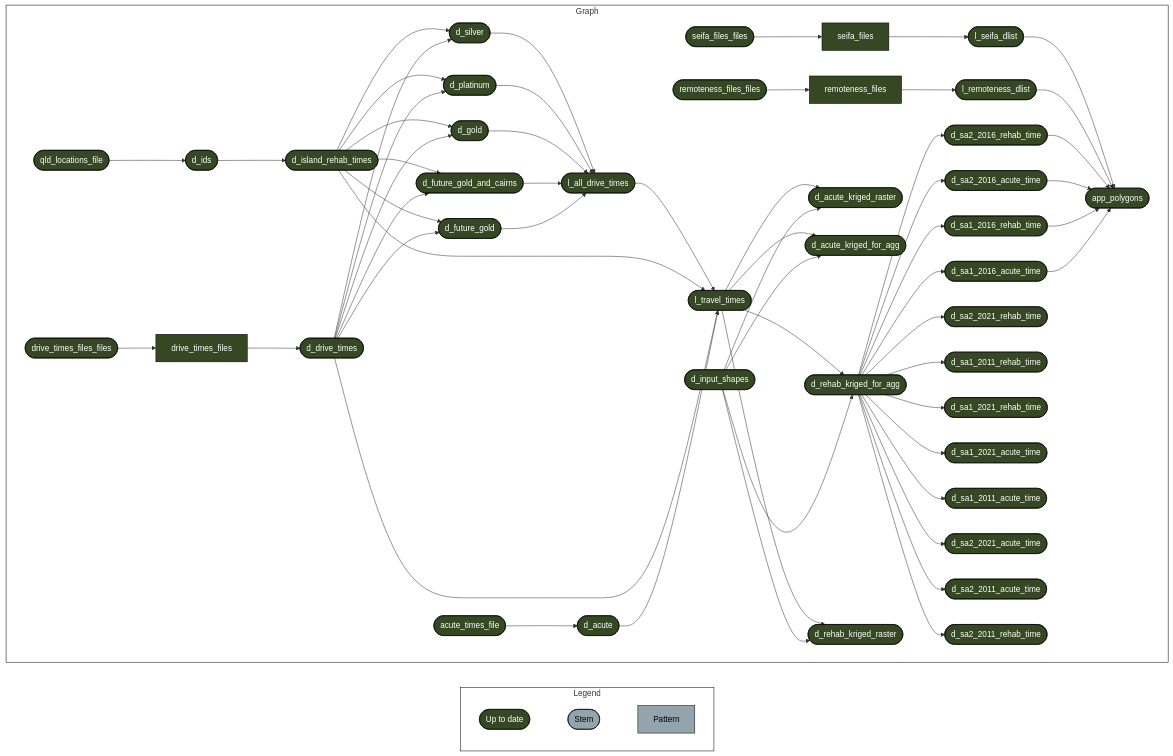
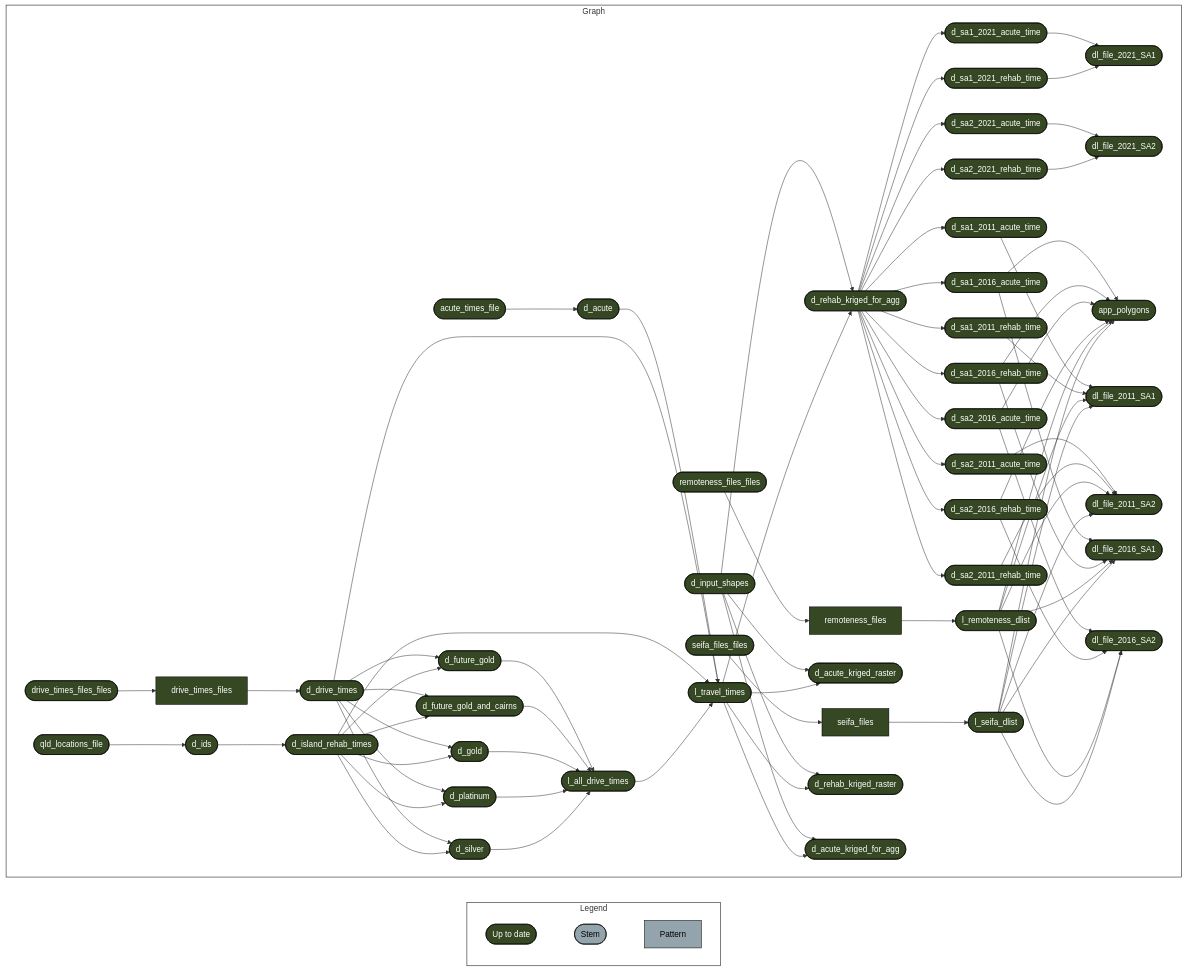
The diagram in README.md (RWParsons/iTRAQI-analyses), drawn with Mermaid before and after one commit. The commit also changed other lines of this file and 3 other files, not shown here.

```diff
--- a/README.md
+++ b/README.md
@@ -42,60 +40,80 @@
   end
   subgraph Graph
     direction LR
+    x2561c370ea702599["remoteness_files"]:::uptodate --> x786302e79631eb8d(["l_remoteness_dlist"]):::uptodate
+    x20b8fce94e11cd05(["seifa_files_files"]):::uptodate --> x5f5497709c5ef739["seifa_files"]:::uptodate
+    xf635f181b39a30ce["drive_times_files"]:::uptodate --> x15acd9b064c909c4(["d_drive_times"]):::uptodate
+    x15acd9b064c909c4(["d_drive_times"]):::uptodate --> x03e84a931f36fd6b(["d_silver"]):::uptodate
+    x24fc4b6a7e38688b(["d_island_rehab_times"]):::uptodate --> x03e84a931f36fd6b(["d_silver"]):::uptodate
+    x0085422ba003396c(["d_acute"]):::uptodate --> x44f0a0e2845803f1(["l_travel_times"]):::uptodate
+    x15acd9b064c909c4(["d_drive_times"]):::uptodate --> x44f0a0e2845803f1(["l_travel_times"]):::uptodate
+    x24fc4b6a7e38688b(["d_island_rehab_times"]):::uptodate --> x44f0a0e2845803f1(["l_travel_times"]):::uptodate
+    x95cfa4f70fea9a21(["l_all_drive_times"]):::uptodate --> x44f0a0e2845803f1(["l_travel_times"]):::uptodate
     x9f6a140e9d41e9f8(["drive_times_files_files"]):::uptodate --> xf635f181b39a30ce["drive_times_files"]:::uptodate
-    x15acd9b064c909c4(["d_drive_times"]):::uptodate --> x5c8a4b58701f0195(["d_gold"]):::uptodate
-    x24fc4b6a7e38688b(["d_island_rehab_times"]):::uptodate --> x5c8a4b58701f0195(["d_gold"]):::uptodate
+    xae07be3d7a5496f6(["d_sa1_2021_acute_time"]):::uptodate --> x670286573a6e737f(["dl_file_2021_SA1"]):::uptodate
+    x0044d423c4129aa5(["d_sa1_2021_rehab_time"]):::uptodate --> x670286573a6e737f(["dl_file_2021_SA1"]):::uptodate
+    x15acd9b064c909c4(["d_drive_times"]):::uptodate --> x7115567ab47c0786(["d_future_gold"]):::uptodate
+    x24fc4b6a7e38688b(["d_island_rehab_times"]):::uptodate --> x7115567ab47c0786(["d_future_gold"]):::uptodate
+    x3c98c5bdbae2f835(["d_sa2_2021_acute_time"]):::uptodate --> x4061f2460c5f975e(["dl_file_2021_SA2"]):::uptodate
+    x3d249e379cd8c8bf(["d_sa2_2021_rehab_time"]):::uptodate --> x4061f2460c5f975e(["dl_file_2021_SA2"]):::uptodate
     x140f4dcc1344002d(["d_sa1_2016_acute_time"]):::uptodate --> x8e785e1ce1247c8f(["app_polygons"]):::uptodate
     x17e7029742198b85(["d_sa1_2016_rehab_time"]):::uptodate --> x8e785e1ce1247c8f(["app_polygons"]):::uptodate
     x235ba1189d5ce124(["d_sa2_2016_acute_time"]):::uptodate --> x8e785e1ce1247c8f(["app_polygons"]):::uptodate
     xd957b08abae86042(["d_sa2_2016_rehab_time"]):::uptodate --> x8e785e1ce1247c8f(["app_polygons"]):::uptodate
     x786302e79631eb8d(["l_remoteness_dlist"]):::uptodate --> x8e785e1ce1247c8f(["app_polygons"]):::uptodate
     xe97fee2eed97fb6f(["l_seifa_dlist"]):::uptodate --> x8e785e1ce1247c8f(["app_polygons"]):::uptodate
-    x6b9c58fabbe5d5ac(["d_rehab_kriged_for_agg"]):::uptodate --> x3d249e379cd8c8bf(["d_sa2_2021_rehab_time"]):::uptodate
-    x2561c370ea702599["remoteness_files"]:::uptodate --> x786302e79631eb8d(["l_remoteness_dlist"]):::uptodate
+    x15acd9b064c909c4(["d_drive_times"]):::uptodate --> x5c8a4b58701f0195(["d_gold"]):::uptodate
+    x24fc4b6a7e38688b(["d_island_rehab_times"]):::uptodate --> x5c8a4b58701f0195(["d_gold"]):::uptodate
+    x15acd9b064c909c4(["d_drive_times"]):::uptodate --> x9cf1da0d89b39050(["d_future_gold_and_cairns"]):::uptodate
+    x24fc4b6a7e38688b(["d_island_rehab_times"]):::uptodate --> x9cf1da0d89b39050(["d_future_gold_and_cairns"]):::uptodate
     x831ee0369a2a91ad(["d_input_shapes"]):::uptodate --> x3556cb9010710414(["d_acute_kriged_raster"]):::uptodate
     x44f0a0e2845803f1(["l_travel_times"]):::uptodate --> x3556cb9010710414(["d_acute_kriged_raster"]):::uptodate
-    x6b9c58fabbe5d5ac(["d_rehab_kriged_for_agg"]):::uptodate --> xd957b08abae86042(["d_sa2_2016_rehab_time"]):::uptodate
-    x6aff51c44af250ba(["remoteness_files_files"]):::uptodate --> x2561c370ea702599["remoteness_files"]:::uptodate
-    x21879eefff325d9d(["d_ids"]):::uptodate --> x24fc4b6a7e38688b(["d_island_rehab_times"]):::uptodate
-    x15acd9b064c909c4(["d_drive_times"]):::uptodate --> x03e84a931f36fd6b(["d_silver"]):::uptodate
-    x24fc4b6a7e38688b(["d_island_rehab_times"]):::uptodate --> x03e84a931f36fd6b(["d_silver"]):::uptodate
-    x831ee0369a2a91ad(["d_input_shapes"]):::uptodate --> xcfed681661a25666(["d_acute_kriged_for_agg"]):::uptodate
-    x44f0a0e2845803f1(["l_travel_times"]):::uptodate --> xcfed681661a25666(["d_acute_kriged_for_agg"]):::uptodate
-    x5f5497709c5ef739["seifa_files"]:::uptodate --> xe97fee2eed97fb6f(["l_seifa_dlist"]):::uptodate
-    x6b9c58fabbe5d5ac(["d_rehab_kriged_for_agg"]):::uptodate --> xdd6e281ffd7abb1e(["d_sa1_2011_rehab_time"]):::uptodate
-    x831ee0369a2a91ad(["d_input_shapes"]):::uptodate --> x6b9c58fabbe5d5ac(["d_rehab_kriged_for_agg"]):::uptodate
-    x44f0a0e2845803f1(["l_travel_times"]):::uptodate --> x6b9c58fabbe5d5ac(["d_rehab_kriged_for_agg"]):::uptodate
-    x15acd9b064c909c4(["d_drive_times"]):::uptodate --> x9cf1da0d89b39050(["d_future_gold_and_cairns"]):::uptodate
-    x24fc4b6a7e38688b(["d_island_rehab_times"]):::uptodate --> x9cf1da0d89b39050(["d_future_gold_and_cairns"]):::uptodate
-    x6b9c58fabbe5d5ac(["d_rehab_kriged_for_agg"]):::uptodate --> x0044d423c4129aa5(["d_sa1_2021_rehab_time"]):::uptodate
-    x6ea9bfcc13ed2276(["acute_times_file"]):::uptodate --> x0085422ba003396c(["d_acute"]):::uptodate
-    x831ee0369a2a91ad(["d_input_shapes"]):::uptodate --> x5fb43595e3d9b43d(["d_rehab_kriged_raster"]):::uptodate
-    x44f0a0e2845803f1(["l_travel_times"]):::uptodate --> x5fb43595e3d9b43d(["d_rehab_kriged_raster"]):::uptodate
-    x6b9c58fabbe5d5ac(["d_rehab_kriged_for_agg"]):::uptodate --> x17e7029742198b85(["d_sa1_2016_rehab_time"]):::uptodate
-    x20b8fce94e11cd05(["seifa_files_files"]):::uptodate --> x5f5497709c5ef739["seifa_files"]:::uptodate
-    x15acd9b064c909c4(["d_drive_times"]):::uptodate --> x7115567ab47c0786(["d_future_gold"]):::uptodate
-    x24fc4b6a7e38688b(["d_island_rehab_times"]):::uptodate --> x7115567ab47c0786(["d_future_gold"]):::uptodate
-    x6b9c58fabbe5d5ac(["d_rehab_kriged_for_agg"]):::uptodate --> xae07be3d7a5496f6(["d_sa1_2021_acute_time"]):::uptodate
-    x0085422ba003396c(["d_acute"]):::uptodate --> x44f0a0e2845803f1(["l_travel_times"]):::uptodate
-    x15acd9b064c909c4(["d_drive_times"]):::uptodate --> x44f0a0e2845803f1(["l_travel_times"]):::uptodate
-    x24fc4b6a7e38688b(["d_island_rehab_times"]):::uptodate --> x44f0a0e2845803f1(["l_travel_times"]):::uptodate
-    x95cfa4f70fea9a21(["l_all_drive_times"]):::uptodate --> x44f0a0e2845803f1(["l_travel_times"]):::uptodate
-    x15acd9b064c909c4(["d_drive_times"]):::uptodate --> xe85c83d45448032e(["d_platinum"]):::uptodate
-    x24fc4b6a7e38688b(["d_island_rehab_times"]):::uptodate --> xe85c83d45448032e(["d_platinum"]):::uptodate
-    x85ecf85bc3a92095(["qld_locations_file"]):::uptodate --> x21879eefff325d9d(["d_ids"]):::uptodate
-    x6b9c58fabbe5d5ac(["d_rehab_kriged_for_agg"]):::uptodate --> x23fe5c9d10c5ba8b(["d_sa1_2011_acute_time"]):::uptodate
-    x6b9c58fabbe5d5ac(["d_rehab_kriged_for_agg"]):::uptodate --> x3c98c5bdbae2f835(["d_sa2_2021_acute_time"]):::uptodate
-    x6b9c58fabbe5d5ac(["d_rehab_kriged_for_agg"]):::uptodate --> x140f4dcc1344002d(["d_sa1_2016_acute_time"]):::uptodate
-    x6b9c58fabbe5d5ac(["d_rehab_kriged_for_agg"]):::uptodate --> x8ef184c44b3c9287(["d_sa2_2011_acute_time"]):::uptodate
-    xf635f181b39a30ce["drive_times_files"]:::uptodate --> x15acd9b064c909c4(["d_drive_times"]):::uptodate
-    x6b9c58fabbe5d5ac(["d_rehab_kriged_for_agg"]):::uptodate --> x235ba1189d5ce124(["d_sa2_2016_acute_time"]):::uptodate
-    x6b9c58fabbe5d5ac(["d_rehab_kriged_for_agg"]):::uptodate --> xb1cba206a277ab8b(["d_sa2_2011_rehab_time"]):::uptodate
     x7115567ab47c0786(["d_future_gold"]):::uptodate --> x95cfa4f70fea9a21(["l_all_drive_times"]):::uptodate
     x9cf1da0d89b39050(["d_future_gold_and_cairns"]):::uptodate --> x95cfa4f70fea9a21(["l_all_drive_times"]):::uptodate
     x5c8a4b58701f0195(["d_gold"]):::uptodate --> x95cfa4f70fea9a21(["l_all_drive_times"]):::uptodate
     xe85c83d45448032e(["d_platinum"]):::uptodate --> x95cfa4f70fea9a21(["l_all_drive_times"]):::uptodate
     x03e84a931f36fd6b(["d_silver"]):::uptodate --> x95cfa4f70fea9a21(["l_all_drive_times"]):::uptodate
+    x6b9c58fabbe5d5ac(["d_rehab_kriged_for_agg"]):::uptodate --> x3c98c5bdbae2f835(["d_sa2_2021_acute_time"]):::uptodate
+    x5f5497709c5ef739["seifa_files"]:::uptodate --> xe97fee2eed97fb6f(["l_seifa_dlist"]):::uptodate
+    x6b9c58fabbe5d5ac(["d_rehab_kriged_for_agg"]):::uptodate --> x8ef184c44b3c9287(["d_sa2_2011_acute_time"]):::uptodate
+    x6b9c58fabbe5d5ac(["d_rehab_kriged_for_agg"]):::uptodate --> x235ba1189d5ce124(["d_sa2_2016_acute_time"]):::uptodate
+    x85ecf85bc3a92095(["qld_locations_file"]):::uptodate --> x21879eefff325d9d(["d_ids"]):::uptodate
+    x831ee0369a2a91ad(["d_input_shapes"]):::uptodate --> x6b9c58fabbe5d5ac(["d_rehab_kriged_for_agg"]):::uptodate
+    x44f0a0e2845803f1(["l_travel_times"]):::uptodate --> x6b9c58fabbe5d5ac(["d_rehab_kriged_for_agg"]):::uptodate
+    x6aff51c44af250ba(["remoteness_files_files"]):::uptodate --> x2561c370ea702599["remoteness_files"]:::uptodate
+    x831ee0369a2a91ad(["d_input_shapes"]):::uptodate --> x5fb43595e3d9b43d(["d_rehab_kriged_raster"]):::uptodate
+    x44f0a0e2845803f1(["l_travel_times"]):::uptodate --> x5fb43595e3d9b43d(["d_rehab_kriged_raster"]):::uptodate
+    x6b9c58fabbe5d5ac(["d_rehab_kriged_for_agg"]):::uptodate --> xdd6e281ffd7abb1e(["d_sa1_2011_rehab_time"]):::uptodate
+    x6b9c58fabbe5d5ac(["d_rehab_kriged_for_agg"]):::uptodate --> x17e7029742198b85(["d_sa1_2016_rehab_time"]):::uptodate
+    x15acd9b064c909c4(["d_drive_times"]):::uptodate --> xe85c83d45448032e(["d_platinum"]):::uptodate
+    x24fc4b6a7e38688b(["d_island_rehab_times"]):::uptodate --> xe85c83d45448032e(["d_platinum"]):::uptodate
+    x831ee0369a2a91ad(["d_input_shapes"]):::uptodate --> xcfed681661a25666(["d_acute_kriged_for_agg"]):::uptodate
+    x44f0a0e2845803f1(["l_travel_times"]):::uptodate --> xcfed681661a25666(["d_acute_kriged_for_agg"]):::uptodate
+    x6ea9bfcc13ed2276(["acute_times_file"]):::uptodate --> x0085422ba003396c(["d_acute"]):::uptodate
+    x6b9c58fabbe5d5ac(["d_rehab_kriged_for_agg"]):::uptodate --> xb1cba206a277ab8b(["d_sa2_2011_rehab_time"]):::uptodate
+    x6b9c58fabbe5d5ac(["d_rehab_kriged_for_agg"]):::uptodate --> xae07be3d7a5496f6(["d_sa1_2021_acute_time"]):::uptodate
+    x6b9c58fabbe5d5ac(["d_rehab_kriged_for_agg"]):::uptodate --> xd957b08abae86042(["d_sa2_2016_rehab_time"]):::uptodate
+    x6b9c58fabbe5d5ac(["d_rehab_kriged_for_agg"]):::uptodate --> x0044d423c4129aa5(["d_sa1_2021_rehab_time"]):::uptodate
+    x23fe5c9d10c5ba8b(["d_sa1_2011_acute_time"]):::uptodate --> xb03e5e3c90f2da7c(["dl_file_2011_SA1"]):::uptodate
+    xdd6e281ffd7abb1e(["d_sa1_2011_rehab_time"]):::uptodate --> xb03e5e3c90f2da7c(["dl_file_2011_SA1"]):::uptodate
+    x786302e79631eb8d(["l_remoteness_dlist"]):::uptodate --> xb03e5e3c90f2da7c(["dl_file_2011_SA1"]):::uptodate
+    xe97fee2eed97fb6f(["l_seifa_dlist"]):::uptodate --> xb03e5e3c90f2da7c(["dl_file_2011_SA1"]):::uptodate
+    x8ef184c44b3c9287(["d_sa2_2011_acute_time"]):::uptodate --> xf1ace82ee36a732e(["dl_file_2011_SA2"]):::uptodate
+    xb1cba206a277ab8b(["d_sa2_2011_rehab_time"]):::uptodate --> xf1ace82ee36a732e(["dl_file_2011_SA2"]):::uptodate
+    x786302e79631eb8d(["l_remoteness_dlist"]):::uptodate --> xf1ace82ee36a732e(["dl_file_2011_SA2"]):::uptodate
+    xe97fee2eed97fb6f(["l_seifa_dlist"]):::uptodate --> xf1ace82ee36a732e(["dl_file_2011_SA2"]):::uptodate
+    x21879eefff325d9d(["d_ids"]):::uptodate --> x24fc4b6a7e38688b(["d_island_rehab_times"]):::uptodate
+    x6b9c58fabbe5d5ac(["d_rehab_kriged_for_agg"]):::uptodate --> x3d249e379cd8c8bf(["d_sa2_2021_rehab_time"]):::uptodate
+    x6b9c58fabbe5d5ac(["d_rehab_kriged_for_agg"]):::uptodate --> x23fe5c9d10c5ba8b(["d_sa1_2011_acute_time"]):::uptodate
+    x6b9c58fabbe5d5ac(["d_rehab_kriged_for_agg"]):::uptodate --> x140f4dcc1344002d(["d_sa1_2016_acute_time"]):::uptodate
+    x140f4dcc1344002d(["d_sa1_2016_acute_time"]):::uptodate --> x2138cd44d3ad5669(["dl_file_2016_SA1"]):::uptodate
+    x17e7029742198b85(["d_sa1_2016_rehab_time"]):::uptodate --> x2138cd44d3ad5669(["dl_file_2016_SA1"]):::uptodate
+    x786302e79631eb8d(["l_remoteness_dlist"]):::uptodate --> x2138cd44d3ad5669(["dl_file_2016_SA1"]):::uptodate
+    xe97fee2eed97fb6f(["l_seifa_dlist"]):::uptodate --> x2138cd44d3ad5669(["dl_file_2016_SA1"]):::uptodate
+    x235ba1189d5ce124(["d_sa2_2016_acute_time"]):::uptodate --> x6daca8a7a6cdef63(["dl_file_2016_SA2"]):::uptodate
+    xd957b08abae86042(["d_sa2_2016_rehab_time"]):::uptodate --> x6daca8a7a6cdef63(["dl_file_2016_SA2"]):::uptodate
+    x786302e79631eb8d(["l_remoteness_dlist"]):::uptodate --> x6daca8a7a6cdef63(["dl_file_2016_SA2"]):::uptodate
+    xe97fee2eed97fb6f(["l_seifa_dlist"]):::uptodate --> x6daca8a7a6cdef63(["dl_file_2016_SA2"]):::uptodate
   end
   classDef uptodate stroke:#000000,color:#ffffff,fill:#354823;
   classDef none stroke:#000000,color:#000000,fill:#94a4ac;
```
